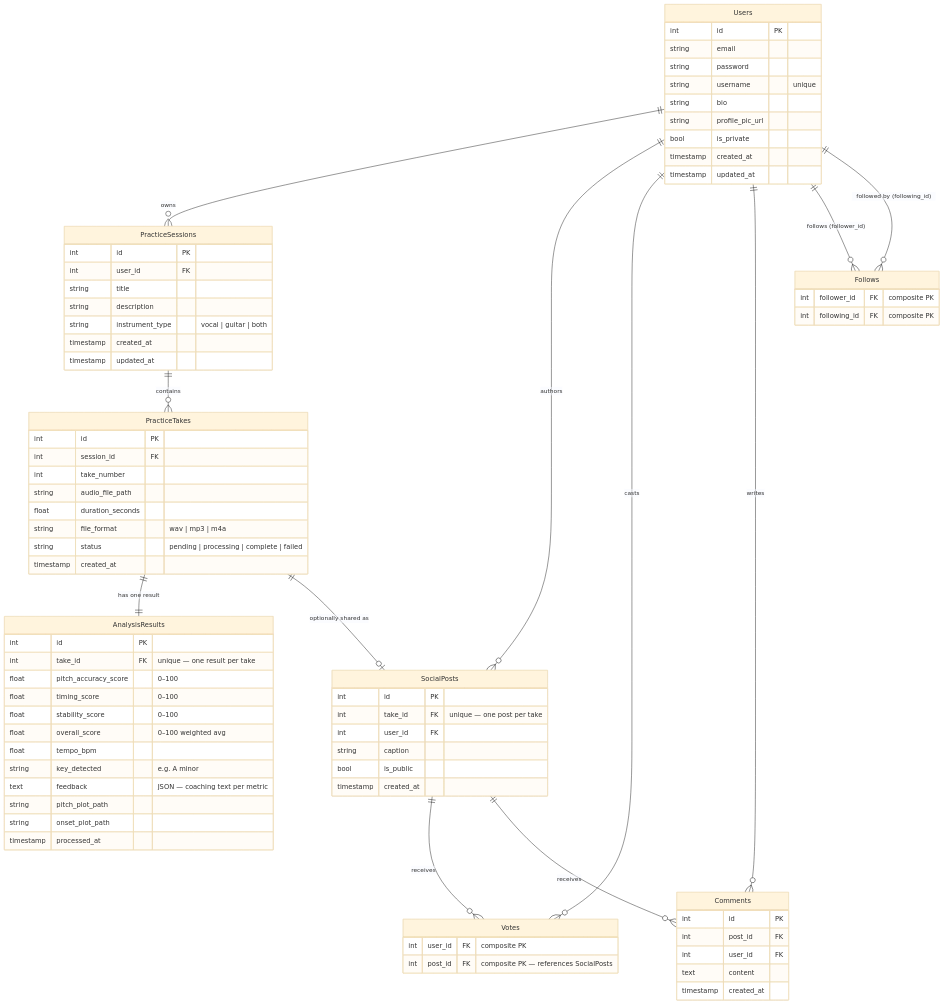
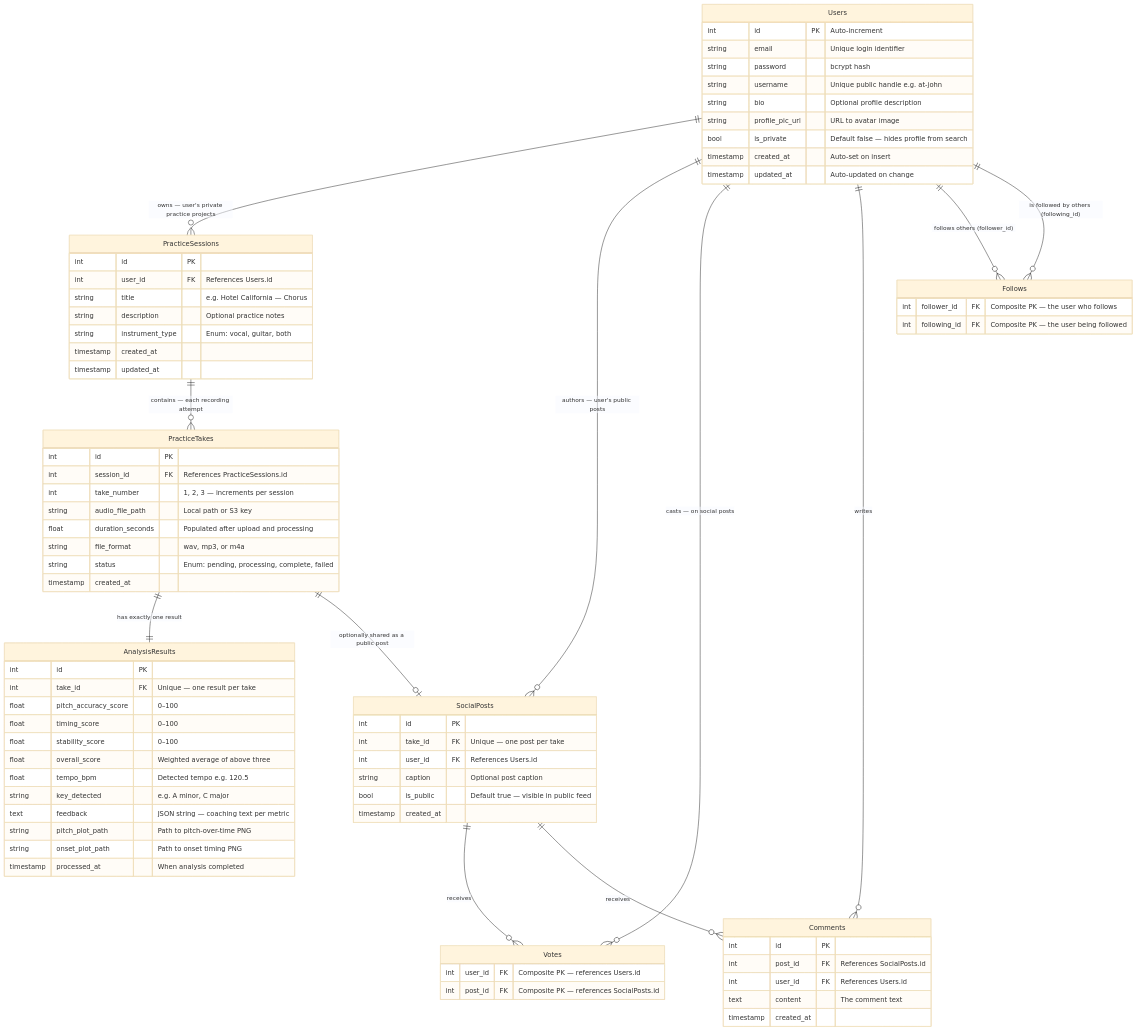
One commit to john3lizama/Music_Practice_Companion changed the second of 2 diagrams in docs/03_erd.md. Above: the diagram before and after it, drawn with Mermaid (base theme). The commit also changed other lines of this file and 5 other files, not shown here.

Commit message:
Enhance audio data pipeline documentation: clarify purpose, structure, and flow; detail each processing step with inputs, outputs, and algorithms; improve feedback generation and scoring sections; and outline implementation order and future enhancements.

````diff
--- a/docs/03_erd.md
+++ b/docs/03_erd.md
@@ -54,89 +67,89 @@
 erDiagram
 
     Users {
-        int     id              PK
-        string  email
-        string  password
-        string  username        "unique"
-        string  bio
-        string  profile_pic_url
-        bool    is_private
-        timestamp created_at
-        timestamp updated_at
+        int     id              PK  "Auto-increment"
+        string  email               "Unique login identifier"
+        string  password            "bcrypt hash"
+        string  username            "Unique public handle e.g. at-john"
+        string  bio                 "Optional profile description"
+        string  profile_pic_url     "URL to avatar image"
+        bool    is_private          "Default false — hides profile from search"
+        timestamp created_at        "Auto-set on insert"
+        timestamp updated_at        "Auto-updated on change"
     }
 
     PracticeSessions {
         int     id              PK
-        int     user_id         FK
-        string  title
-        string  description
-        string  instrument_type "vocal | guitar | both"
+        int     user_id         FK  "References Users.id"
+        string  title               "e.g. Hotel California — Chorus"
+        string  description         "Optional practice notes"
+        string  instrument_type     "Enum: vocal, guitar, both"
         timestamp created_at
         timestamp updated_at
     }
 
     PracticeTakes {
         int     id              PK
-        int     session_id      FK
-        int     take_number
-        string  audio_file_path
-        float   duration_seconds
-        string  file_format     "wav | mp3 | m4a"
-        string  status          "pending | processing | complete | failed"
+        int     session_id      FK  "References PracticeSessions.id"
+        int     take_number         "1, 2, 3 — increments per session"
+        string  audio_file_path     "Local path or S3 key"
+        float   duration_seconds    "Populated after upload and processing"
+        string  file_format         "wav, mp3, or m4a"
+        string  status              "Enum: pending, processing, complete, failed"
         timestamp created_at
     }
 
     AnalysisResults {
         int     id                      PK
-        int     take_id                 FK  "unique — one result per take"
-        float   pitch_accuracy_score    "0–100"
-        float   timing_score            "0–100"
-        float   stability_score         "0–100"
-        float   overall_score           "0–100 weighted avg"
-        float   tempo_bpm
-        string  key_detected            "e.g. A minor"
-        text    feedback                "JSON — coaching text per metric"
-        string  pitch_plot_path
-        string  onset_plot_path
-        timestamp processed_at
+        int     take_id                 FK  "Unique — one result per take"
+        float   pitch_accuracy_score        "0–100"
+        float   timing_score               "0–100"
+        float   stability_score            "0–100"
+        float   overall_score             "Weighted average of above three"
+        float   tempo_bpm                  "Detected tempo e.g. 120.5"
+        string  key_detected              "e.g. A minor, C major"
+        text    feedback                  "JSON string — coaching text per metric"
+        string  pitch_plot_path           "Path to pitch-over-time PNG"
+        string  onset_plot_path           "Path to onset timing PNG"
+        timestamp processed_at            "When analysis completed"
     }
 
     SocialPosts {
         int     id          PK
-        int     take_id     FK  "unique — one post per take"
-        int     user_id     FK
-        string  caption
-        bool    is_public
+        int     take_id     FK  "Unique — one post per take"
+        int     user_id     FK  "References Users.id"
+        string  caption         "Optional post caption"
+        bool    is_public       "Default true — visible in public feed"
         timestamp created_at
     }
 
     Votes {
-        int     user_id     FK  "composite PK"
-        int     post_id     FK  "composite PK — references SocialPosts"
+        int     user_id     FK  "Composite PK — references Users.id"
+        int     post_id     FK  "Composite PK — references SocialPosts.id"
     }
 
     Comments {
         int     id          PK
-        int     post_id     FK
-        int     user_id     FK
-        text    content
+        int     post_id     FK  "References SocialPosts.id"
+        int     user_id     FK  "References Users.id"
+        text    content         "The comment text"
         timestamp created_at
     }
 
     Follows {
-        int     follower_id     FK  "composite PK"
-        int     following_id    FK  "composite PK"
+        int     follower_id     FK  "Composite PK — the user who follows"
+        int     following_id    FK  "Composite PK — the user being followed"
     }
 
-    Users           ||--o{   PracticeSessions    : "owns"
-    PracticeSessions||--o{   PracticeTakes       : "contains"
-    PracticeTakes   ||--||   AnalysisResults     : "has one result"
-    PracticeTakes   ||--o|   SocialPosts         : "optionally shared as"
-    Users           ||--o{   SocialPosts         : "authors"
-    Users           ||--o{   Votes               : "casts"
-    SocialPosts     ||--o{   Votes               : "receives"
-    Users           ||--o{   Comments            : "writes"
-    SocialPosts     ||--o{   Comments            : "receives"
-    Users           ||--o{   Follows             : "follows (follower_id)"
-    Users           ||--o{   Follows             : "followed by (following_id)"
+    Users               ||--o{   PracticeSessions    : "owns — user's private practice projects"
+    PracticeSessions    ||--o{   PracticeTakes       : "contains — each recording attempt"
+    PracticeTakes       ||--||   AnalysisResults     : "has exactly one result"
+    PracticeTakes       ||--o|   SocialPosts         : "optionally shared as a public post"
+    Users               ||--o{   SocialPosts         : "authors — user's public posts"
+    Users               ||--o{   Votes               : "casts — on social posts"
+    SocialPosts         ||--o{   Votes               : "receives"
+    Users               ||--o{   Comments            : "writes"
+    SocialPosts         ||--o{   Comments            : "receives"
+    Users               ||--o{   Follows             : "follows others (follower_id)"
+    Users               ||--o{   Follows             : "is followed by others (following_id)"
 ```
````
